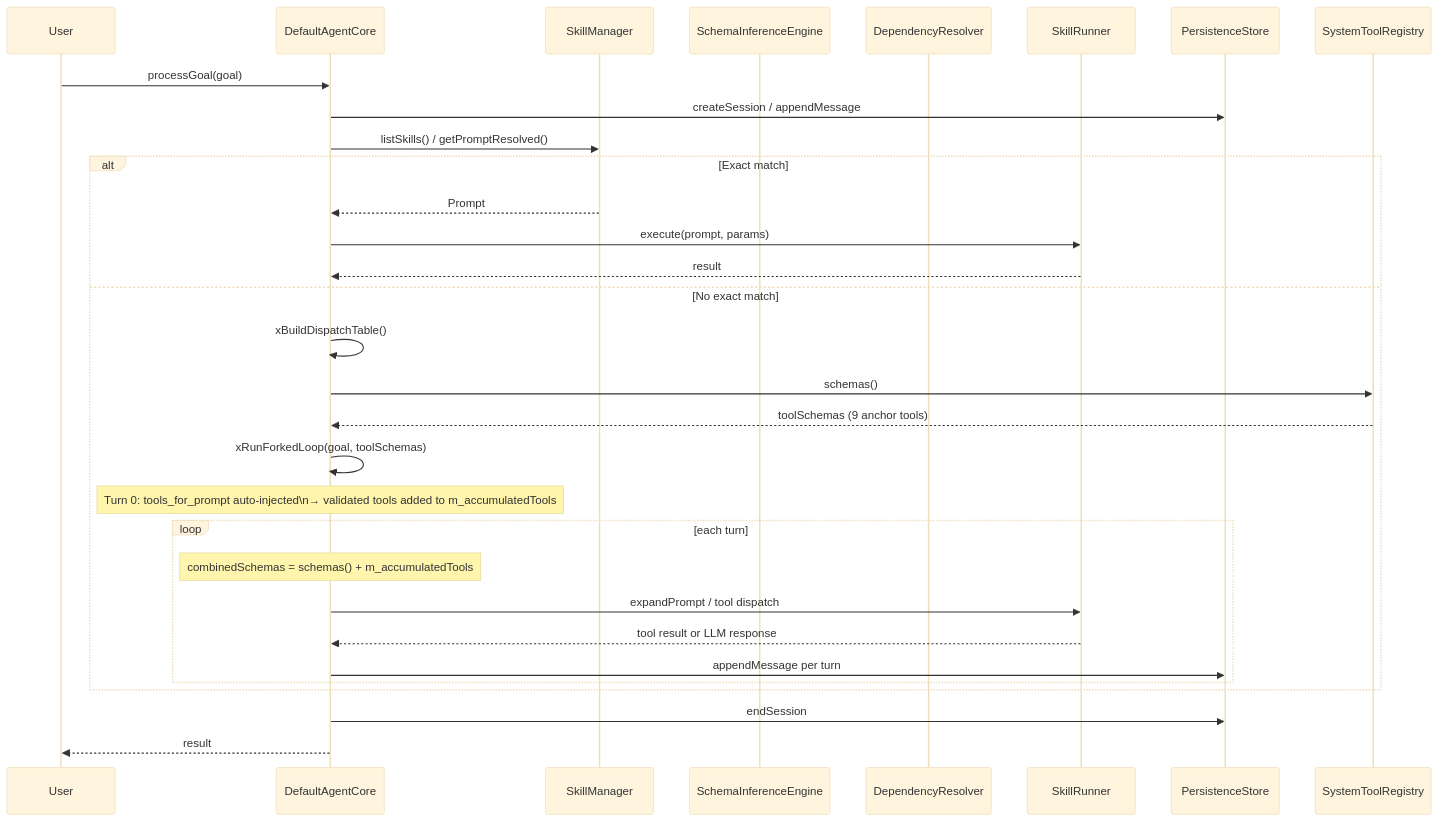
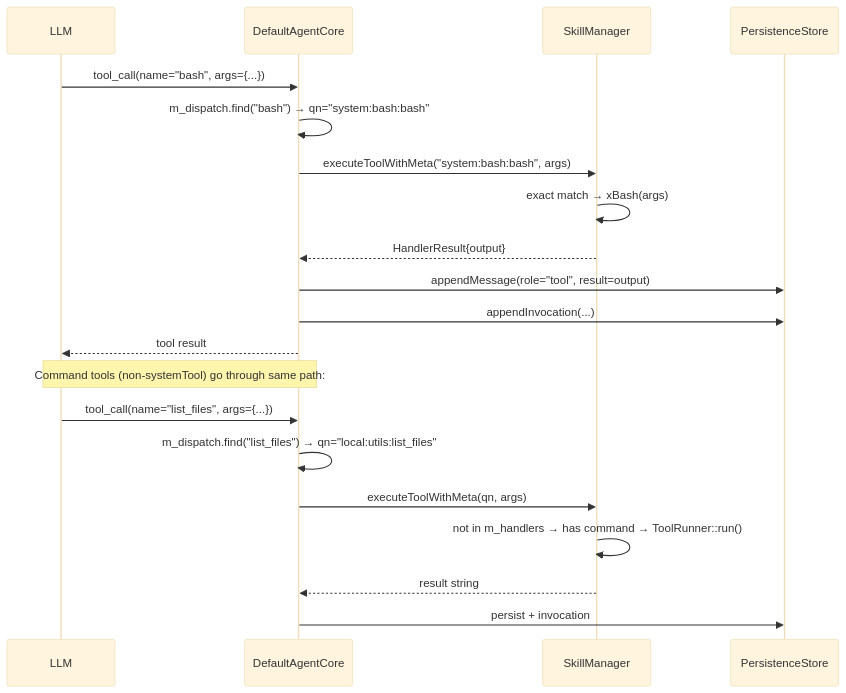
Before and after one commit to opensassi/a0: the second of 2 diagrams in src/agent_core.spec.md, drawn with Mermaid (base theme). The commit also changed other lines of this file and 42 other files, not shown here.

Commit message:
2026-06-02-skill-manager-unified-dispatch-17894d313ffey2yp6xmKmDGJYm

````diff
--- a/src/agent_core.spec.md
+++ b/src/agent_core.spec.md
@@ -107,34 +105,24 @@
 ```mermaid
 sequenceDiagram
-    participant U as User
+    participant LLM
     participant AC as DefaultAgentCore
     participant SM as SkillManager
-    participant SIE as SchemaInferenceEngine
-    participant DR as DependencyResolver
-    participant SR as SkillRunner
     participant PS as PersistenceStore
-    participant ST as SystemToolRegistry
 
-    U->>AC: processGoal(goal)
-    AC->>PS: createSession / appendMessage
-    AC->>SM: listSkills() / getPromptResolved()
-    alt Exact match
-        SM-->>AC: Prompt
-        AC->>SR: execute(prompt, params)
-        SR-->>AC: result
-    else No exact match
-        AC->>AC: xBuildDispatchTable()
-        AC->>ST: schemas()
-        ST-->>AC: toolSchemas (9 anchor tools)
-        AC->>AC: xRunForkedLoop(goal, toolSchemas)
-        Note over AC: Turn 0: tools_for_prompt auto-injected\n→ validated tools added to m_accumulatedTools
-        loop each turn
-            Note over AC: combinedSchemas = schemas() + m_accumulatedTools
-            AC->>SR: expandPrompt / tool dispatch
-            SR-->>AC: tool result or LLM response
-            AC->>PS: appendMessage per turn
-        end
-    end
-    AC->>PS: endSession
-    AC-->>U: result
+    LLM->>AC: tool_call(name="bash", args={...})
+    AC->>AC: m_dispatch.find("bash") → qn="system:bash:bash"
+    AC->>SM: executeToolWithMeta("system:bash:bash", args)
+    SM->>SM: exact match → xBash(args)
+    SM-->>AC: HandlerResult{output}
+    AC->>PS: appendMessage(role="tool", result=output)
+    AC->>PS: appendInvocation(...)
+    AC-->>LLM: tool result
+
+    Note over LLM,AC: Command tools (non-systemTool) go through same path:
+    LLM->>AC: tool_call(name="list_files", args={...})
+    AC->>AC: m_dispatch.find("list_files") → qn="local:utils:list_files"
+    AC->>SM: executeToolWithMeta(qn, args)
+    SM->>SM: not in m_handlers → has command → ToolRunner::run()
+    SM-->>AC: result string
+    AC->>PS: persist + invocation
 ```
````
